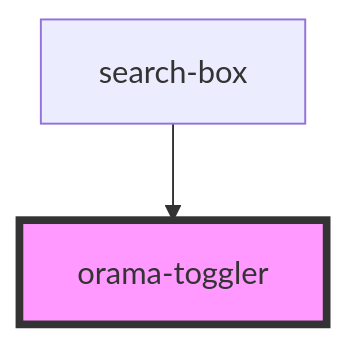
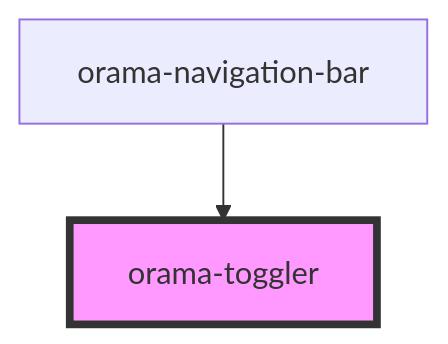
The diagram in packages/ui-stencil/src/components/orama-toggler/readme.md (askorama/orama-ui-components), drawn with Mermaid before and after one commit. The commit also changed other lines of this file and 12 other files, not shown here.

Commit message:
feat: add navigation bar

````diff
--- a/packages/ui-stencil/src/components/orama-toggler/readme.md
+++ b/packages/ui-stencil/src/components/orama-toggler/readme.md
@@ -22,5 +22,5 @@
 ```mermaid
 graph TD;
-  search-box --> orama-toggler
+  orama-navigation-bar --> orama-toggler
   style orama-toggler fill:#f9f,stroke:#333,stroke-width:4px
 ```
````
